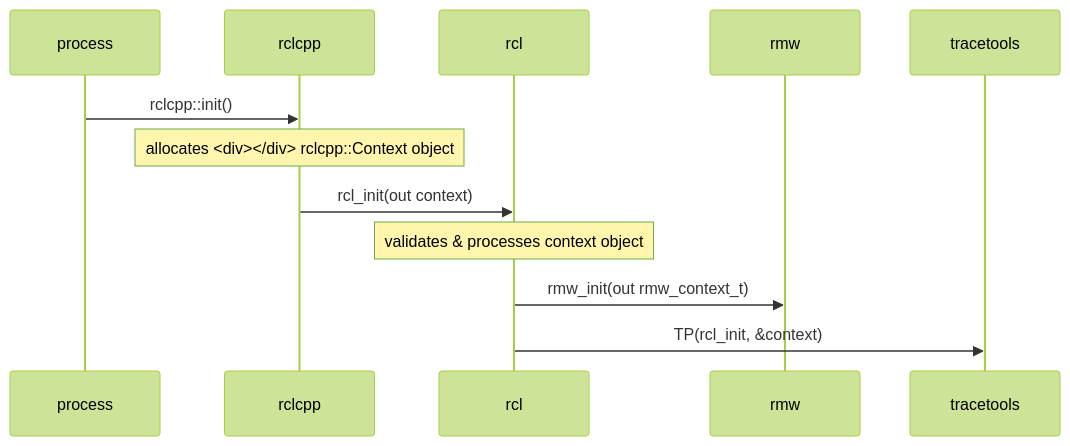
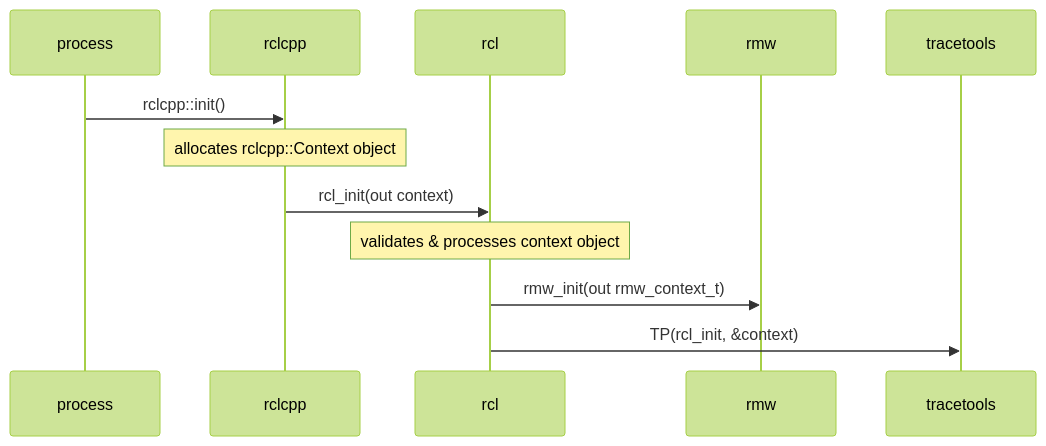
One commit to ros2/ros2_tracing changed the first of 7 diagrams in doc/design_ros_2.md. Above: the diagram before and after it, drawn with Mermaid (forest theme).

Commit message:
Remove <div> test

````diff
--- a/doc/design_ros_2.md
+++ b/doc/design_ros_2.md
@@ -23,16 +23,16 @@
 ```mermaid
 sequenceDiagram
     participant process
     participant rclcpp
     participant rcl
     participant rmw
     participant tracetools
 
     process->>rclcpp: rclcpp::init()
-    Note over rclcpp: allocates <div></div> rclcpp::Context object
+    Note over rclcpp: allocates rclcpp::Context object
     rclcpp->>rcl: rcl_init(out context)
     Note over rcl: validates & processes context object
     rcl->>rmw: rmw_init(out rmw_context_t)
 
     rcl->>tracetools: TP(rcl_init, &context)
 ```
````
